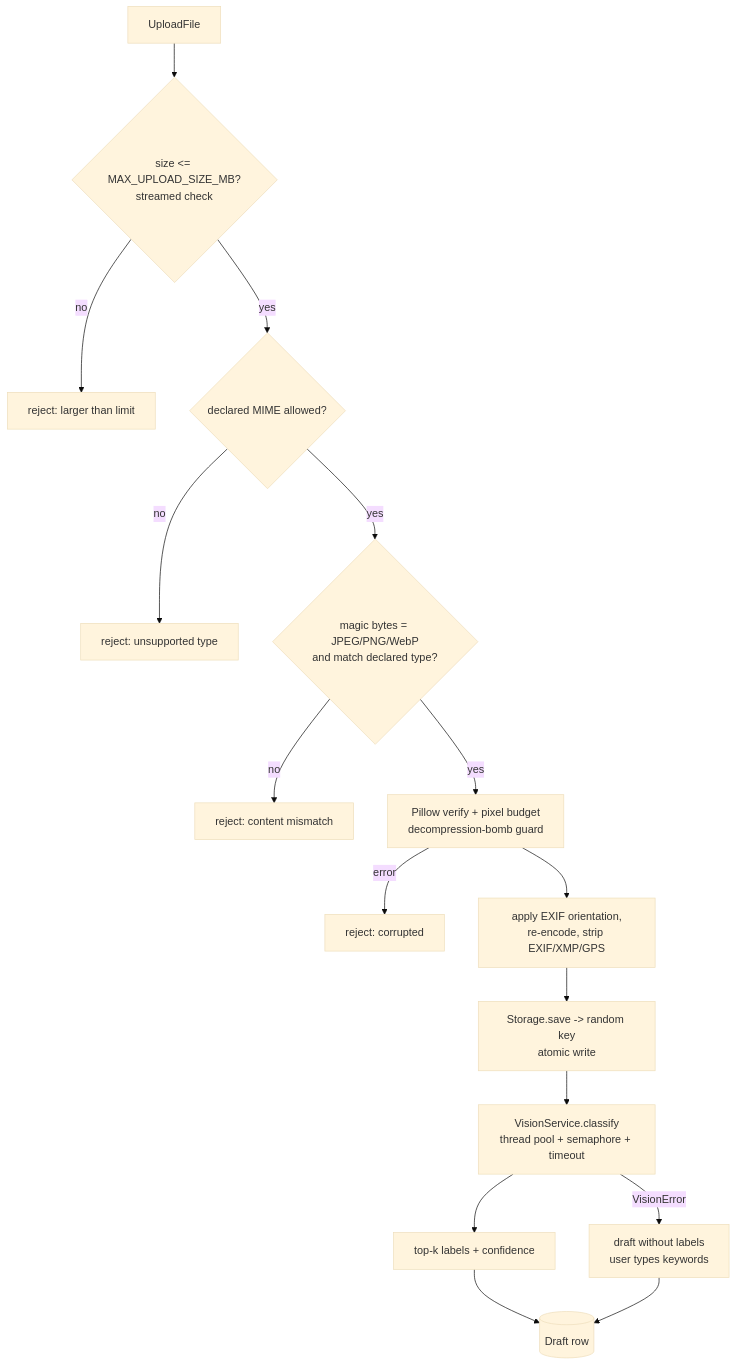
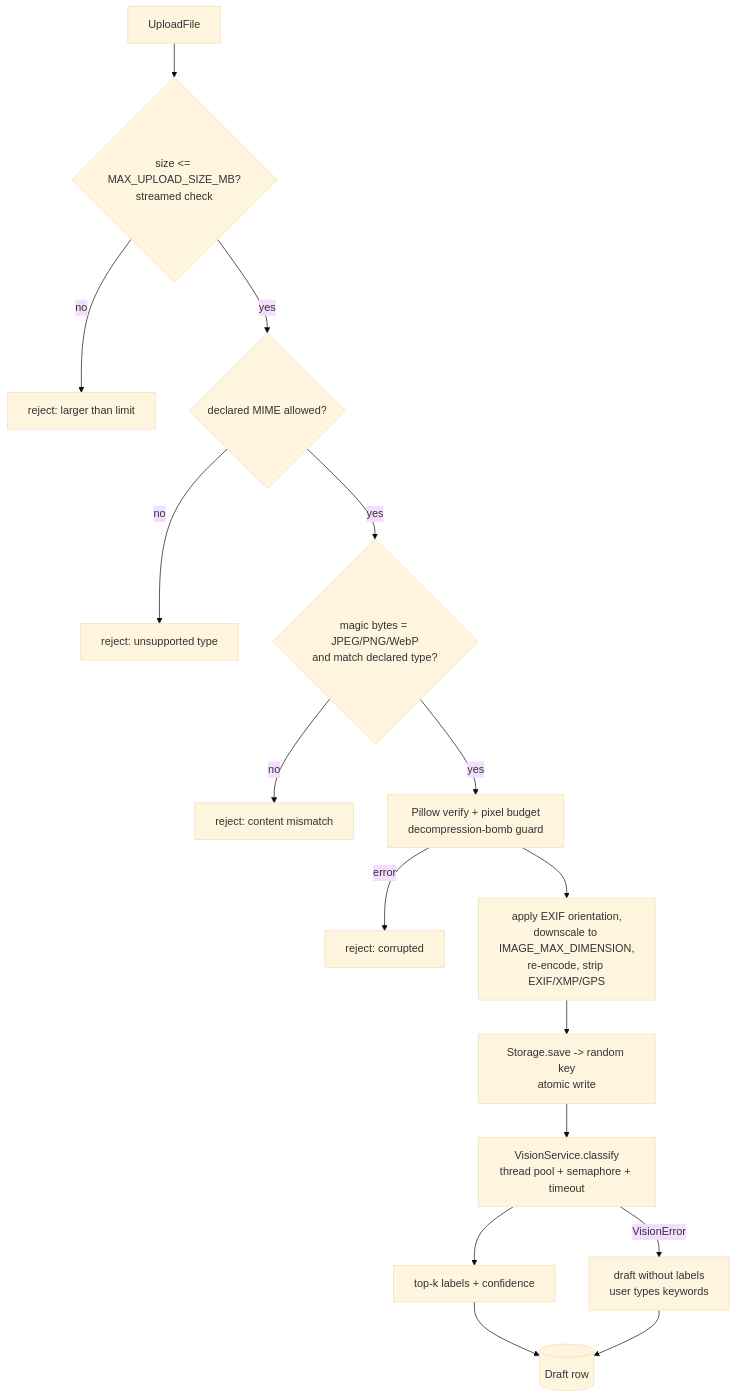
Before and after one commit to Aminul1993/Social-Booster: the sixth of 10 diagrams in docs/ARCHITECTURE.md, drawn with Mermaid (base theme). The commit also changed other lines of this file and 31 other files, not shown here.

````diff
--- a/docs/ARCHITECTURE.md
+++ b/docs/ARCHITECTURE.md
@@ -182,18 +182,18 @@
 ```mermaid
 flowchart TB
     up[UploadFile] --> lim{size <= MAX_UPLOAD_SIZE_MB?<br/>streamed check}
     lim -- no --> rej[reject: larger than limit]
     lim -- yes --> mime{declared MIME allowed?}
     mime -- no --> rej2[reject: unsupported type]
     mime -- yes --> magic{magic bytes = JPEG/PNG/WebP<br/>and match declared type?}
     magic -- no --> rej3[reject: content mismatch]
     magic -- yes --> pil[Pillow verify + pixel budget<br/>decompression-bomb guard]
     pil -- error --> rej4[reject: corrupted]
-    pil --> clean[apply EXIF orientation,<br/>re-encode, strip EXIF/XMP/GPS]
+    pil --> clean[apply EXIF orientation,<br/>downscale to IMAGE_MAX_DIMENSION,<br/>re-encode, strip EXIF/XMP/GPS]
     clean --> store[Storage.save -> random key<br/>atomic write]
     store --> tag[VisionService.classify<br/>thread pool + semaphore + timeout]
     tag -- VisionError --> degrade[draft without labels<br/>user types keywords]
     tag --> labels[top-k labels + confidence]
     labels --> draft[(Draft row)]
     degrade --> draft
 ```
````
